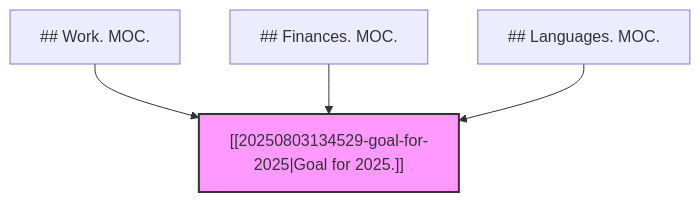
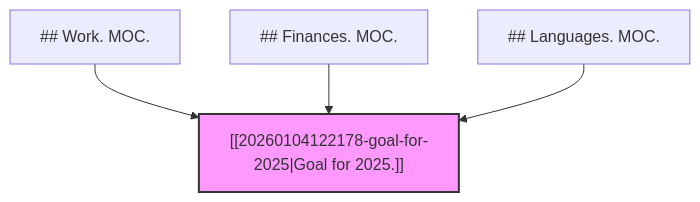
Before and after one commit to voothi/20250831153442-obsidian-templates: the diagram in docs/templater/README.md, drawn with Mermaid. The commit also changed other lines of this file and 96 other files, not shown here.

````diff
--- a/docs/templater/README.md
+++ b/docs/templater/README.md
@@ -261,8 +261,8 @@
 ```mermaid
 graph TD
-    MOC1["## Work. MOC."] --> Node1["[[20250803134529-goal-for-2025|Goal for 2025.]]"]
+    MOC1["## Work. MOC."] --> Node1["[[20260104122178-goal-for-2025|Goal for 2025.]]"]
     MOC2["## Finances. MOC."] --> Node1
     MOC3["## Languages. MOC."] --> Node1
     
     style Node1 fill:#f9f,stroke:#333,stroke-width:2px
 ```
````
